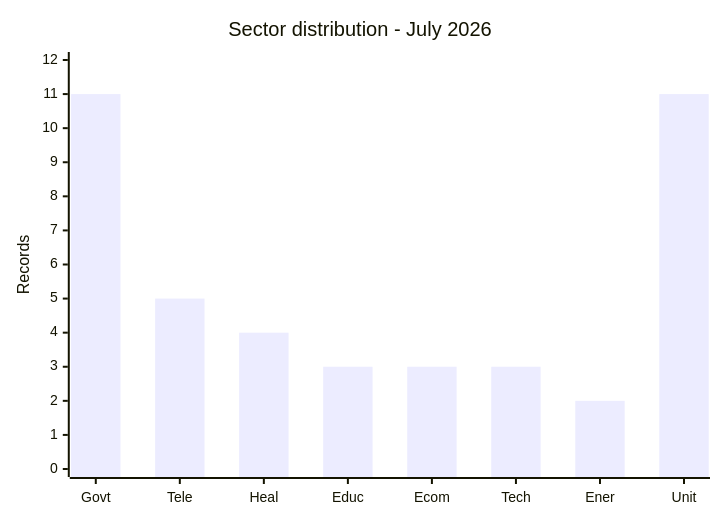
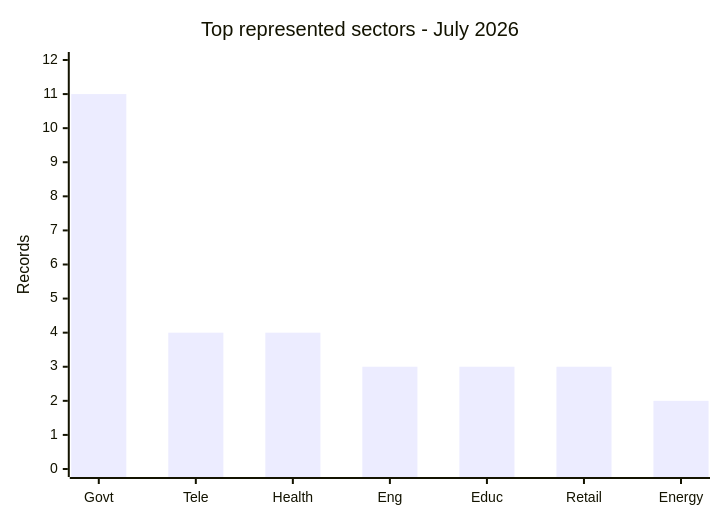
The seventh of 8 diagrams in CyberAttackAfrica/2026/07-july/README.md (Hatchepsoute/AFRINTEL), drawn with Mermaid before and after one commit. The commit also changed other lines of this file and 12 other files, not shown here.

````diff
--- a/CyberAttackAfrica/2026/07-july/README.md
+++ b/CyberAttackAfrica/2026/07-july/README.md
@@ -211,7 +245,7 @@
 ```mermaid
 xychart-beta
-    title "Sector distribution - July 2026"
-    x-axis ["Govt","Tele","Heal","Educ","Ecom","Tech","Ener","Unit"]
+    title "Top represented sectors - July 2026"
+    x-axis ["Govt","Tele","Health","Eng","Educ","Retail","Energy"]
     y-axis "Records" 0 --> 12
-    bar [11,5,4,3,3,3,2,11]
+    bar [11,4,4,3,3,3,2]
 ```
````
